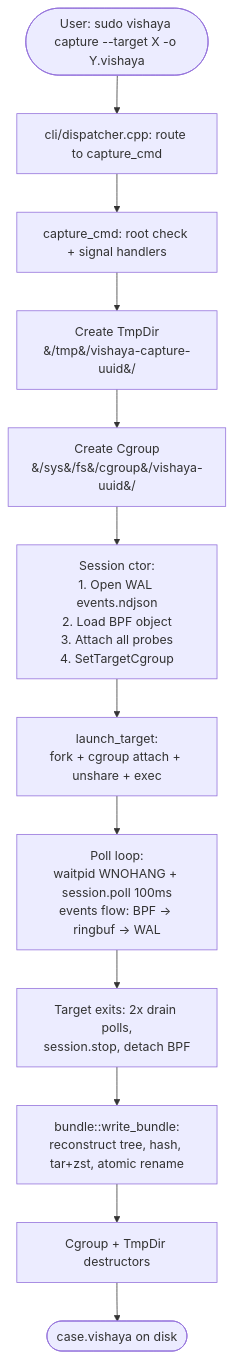
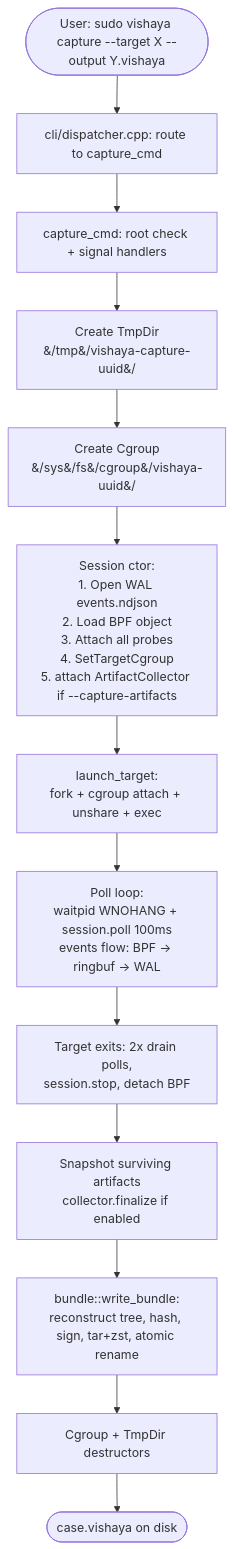
The first of 5 diagrams in docs/flow.md (bhanuprakasheagala/vishaya), drawn with Mermaid before and after one commit. The commit also changed other lines of this file and 17 other files, not shown here.

````diff
--- a/docs/flow.md
+++ b/docs/flow.md
@@ -11,15 +14,16 @@
 ```mermaid
 flowchart TD
-    U([User: sudo vishaya capture --target X -o Y.vishaya])
+    U([User: sudo vishaya capture --target X --output Y.vishaya])
     U --> D[cli/dispatcher.cpp: route to capture_cmd]
     D --> S[capture_cmd: root check + signal handlers]
     S --> R1[Create TmpDir<br/>&#47;tmp&#47;vishaya-capture-uuid&#47;]
     R1 --> R2[Create Cgroup<br/>&#47;sys&#47;fs&#47;cgroup&#47;vishaya-uuid&#47;]
-    R2 --> SESS[Session ctor:<br/>1. Open WAL events.ndjson<br/>2. Load BPF object<br/>3. Attach all probes<br/>4. SetTargetCgroup]
+    R2 --> SESS[Session ctor:<br/>1. Open WAL events.ndjson<br/>2. Load BPF object<br/>3. Attach all probes<br/>4. SetTargetCgroup<br/>5. attach ArtifactCollector if --capture-artifacts]
     SESS --> LAUNCH[launch_target:<br/>fork + cgroup attach + unshare + exec]
     LAUNCH --> LOOP[Poll loop:<br/>waitpid WNOHANG + session.poll 100ms<br/>events flow: BPF → ringbuf → WAL]
     LOOP --> DRAIN[Target exits: 2x drain polls,<br/>session.stop, detach BPF]
-    DRAIN --> BUNDLE[bundle::write_bundle:<br/>reconstruct tree, hash, tar+zst, atomic rename]
+    DRAIN --> FIN[Snapshot surviving artifacts<br/>collector.finalize if enabled]
+    FIN --> BUNDLE[bundle::write_bundle:<br/>reconstruct tree, hash, sign, tar+zst, atomic rename]
     BUNDLE --> CLEAN[Cgroup + TmpDir destructors]
     CLEAN --> OUT([case.vishaya on disk])
 ```
````
